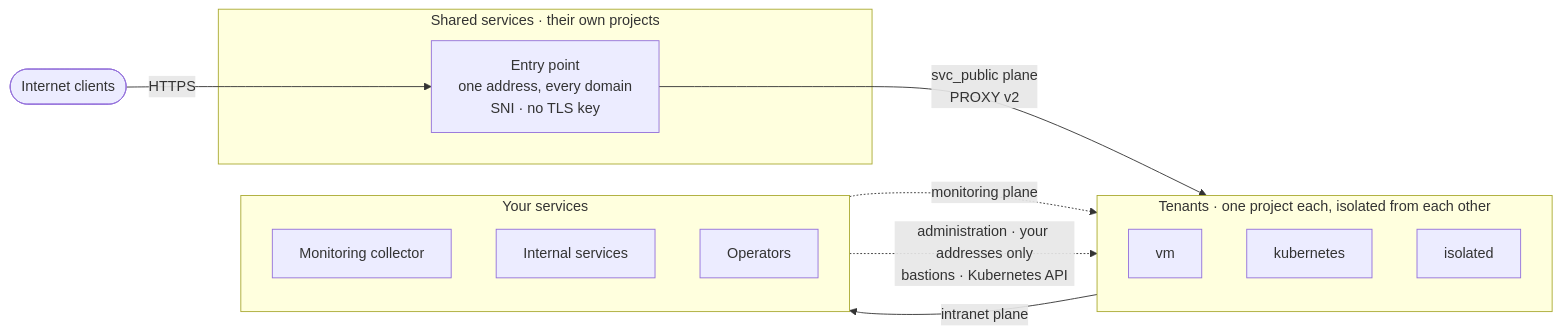
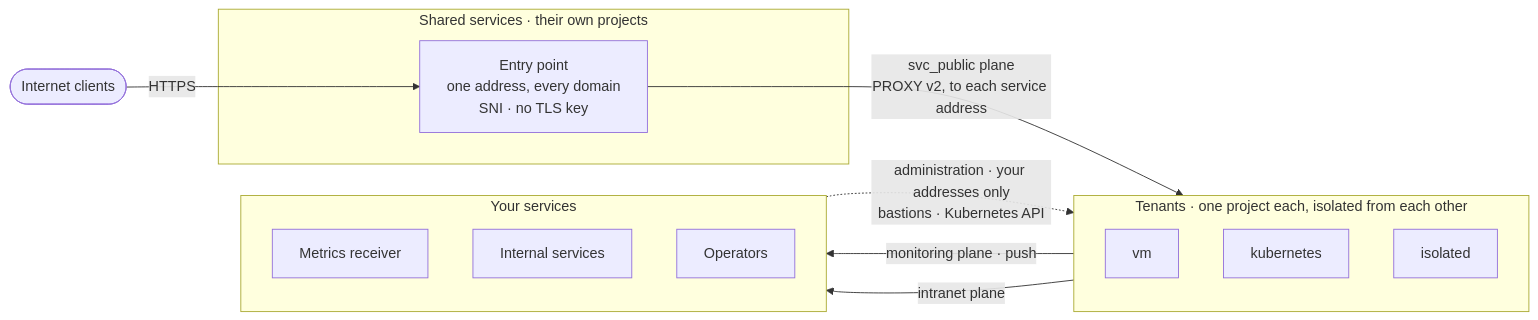
The diagram in README.md (CyprisTech/openstack-multitenant-reference), drawn with Mermaid before and after one commit. The commit also changed other lines of this file and 67 other files, not shown here.

````diff
--- a/README.md
+++ b/README.md
@@ -70,24 +70,24 @@
 ```mermaid
 flowchart LR
     U(["Internet clients"])
     subgraph SHARED["Shared services · their own projects"]
         EP["Entry point<br/>one address, every domain<br/>SNI · no TLS key"]
     end
     subgraph TENANTS["Tenants · one project each, isolated from each other"]
         direction TB
         V["vm"]
         K["kubernetes"]
         I["isolated"]
     end
     subgraph YOURS["Your services"]
         direction TB
-        C["Monitoring collector"]
+        C["Metrics receiver"]
         S["Internal services"]
         A["Operators"]
     end
     U -->|"HTTPS"| EP
-    EP -->|"svc_public plane<br/>PROXY v2"| TENANTS
-    C -.->|"monitoring plane"| TENANTS
+    EP -->|"svc_public plane<br/>PROXY v2, to each service address"| TENANTS
+    TENANTS -->|"monitoring plane · push"| C
     TENANTS -->|"intranet plane"| S
     A -.->|"administration · your addresses only<br/>bastions · Kubernetes API"| TENANTS
 ```
````
